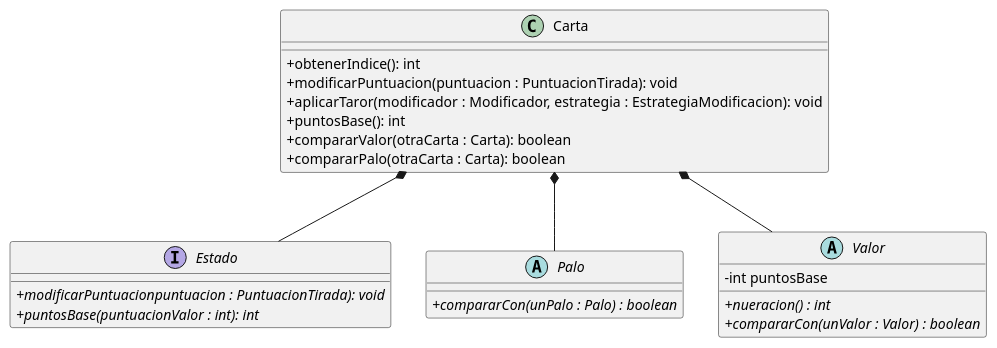
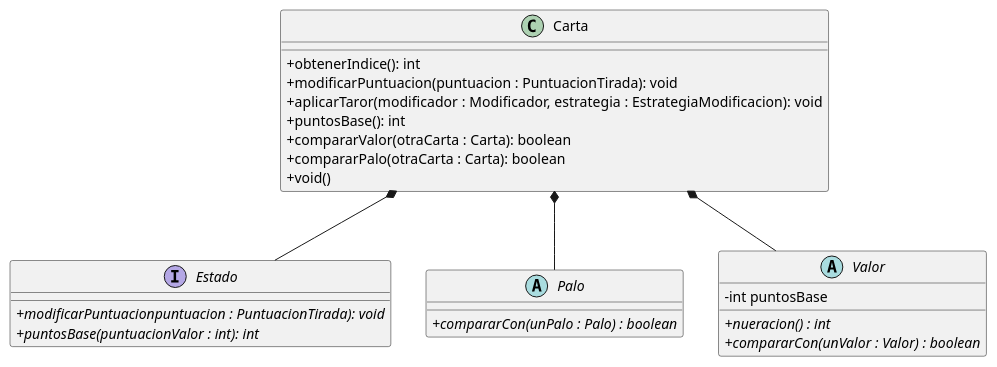
One commit to rladaga/algo3_tp2_g03 changed the diagram in diagrams/classes/Carta/Carta.puml. Above: the diagram before and after it, drawn with PlantUML.

Commit message:
Crecion Branch

```diff
--- a/diagrams/classes/Carta/Carta.puml
+++ b/diagrams/classes/Carta/Carta.puml
@@ -1,34 +1,35 @@
 @startuml
 skinparam classAttributeIconSize 0
 interface Estado
 abstract class Palo
 abstract class Valor
 
 class Carta {
 +obtenerIndice(): int
 +modificarPuntuacion(puntuacion : PuntuacionTirada): void
 +aplicarTaror(modificador : Modificador, estrategia : EstrategiaModificacion): void
 +puntosBase(): int
 +compararValor(otraCarta : Carta): boolean
 +compararPalo(otraCarta : Carta): boolean
++void()
 }
 
 interface Estado {
 {abstract}+modificarPuntuacionpuntuacion : PuntuacionTirada): void
 {abstract}+puntosBase(puntuacionValor : int): int
 }
 
 abstract class Palo{
 {abstract}+compararCon(unPalo : Palo) : boolean
 }
 
 abstract class Valor{
 -int puntosBase
 {abstract}+nueracion() : int
 {abstract}+compararCon(unValor : Valor) : boolean
 }
 
 Carta *-- Valor
 Carta *-- Palo
 Carta *-- Estado
 @enduml
```
